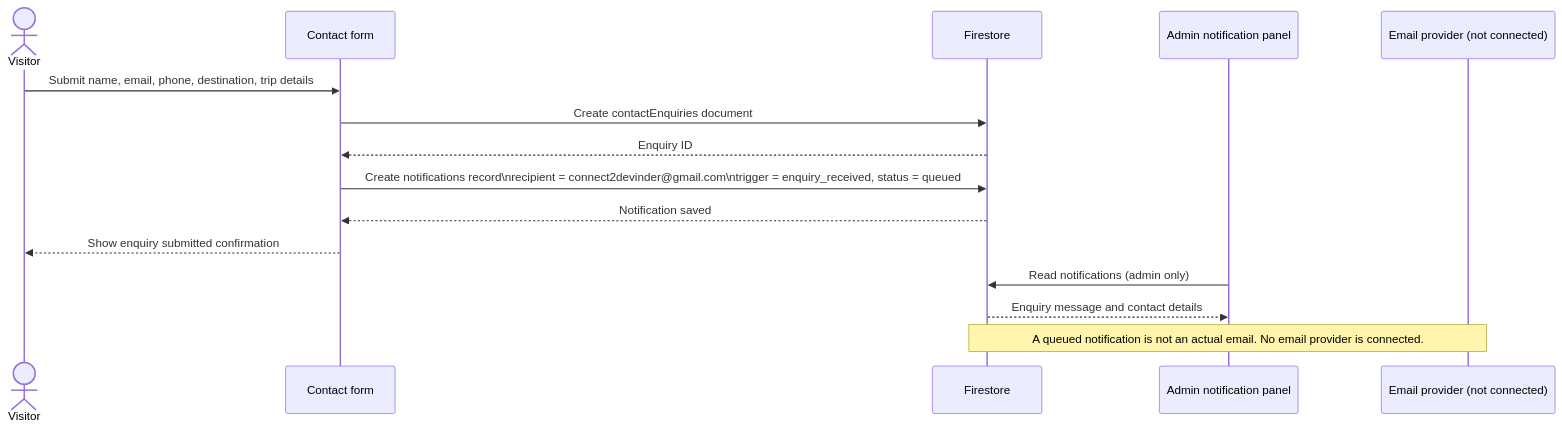
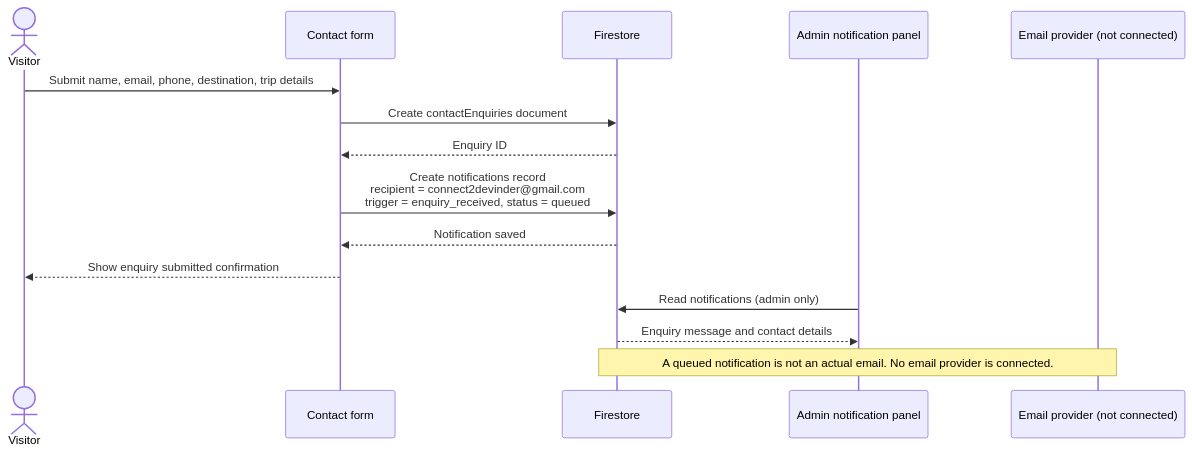
Before and after one commit to connect2devinder-arch/Tour-Travel: the fourth of 7 diagrams in docs/website-working-flow.md, drawn with Mermaid. The commit also changed other lines of this file, not shown here.

First line of the commit message:
Update working-flow doc for Firestore, Razorpay and fixed diagrams

````diff
--- a/docs/website-working-flow.md
+++ b/docs/website-working-flow.md
@@ -93,18 +111,18 @@
 ```mermaid
 sequenceDiagram
     actor Visitor
     participant Site as Contact form
     participant DB as Firestore
     participant Admin as Admin notification panel
     participant Mail as Email provider (not connected)
 
     Visitor->>Site: Submit name, email, phone, destination, trip details
     Site->>DB: Create contactEnquiries document
     DB-->>Site: Enquiry ID
-    Site->>DB: Create notifications record\nrecipient = connect2devinder@gmail.com\ntrigger = enquiry_received, status = queued
+    Site->>DB: Create notifications record<br/>recipient = connect2devinder@gmail.com<br/>trigger = enquiry_received, status = queued
     DB-->>Site: Notification saved
     Site-->>Visitor: Show enquiry submitted confirmation
     Admin->>DB: Read notifications (admin only)
     DB-->>Admin: Enquiry message and contact details
     Note over DB,Mail: A queued notification is not an actual email. No email provider is connected.
 ```
````
